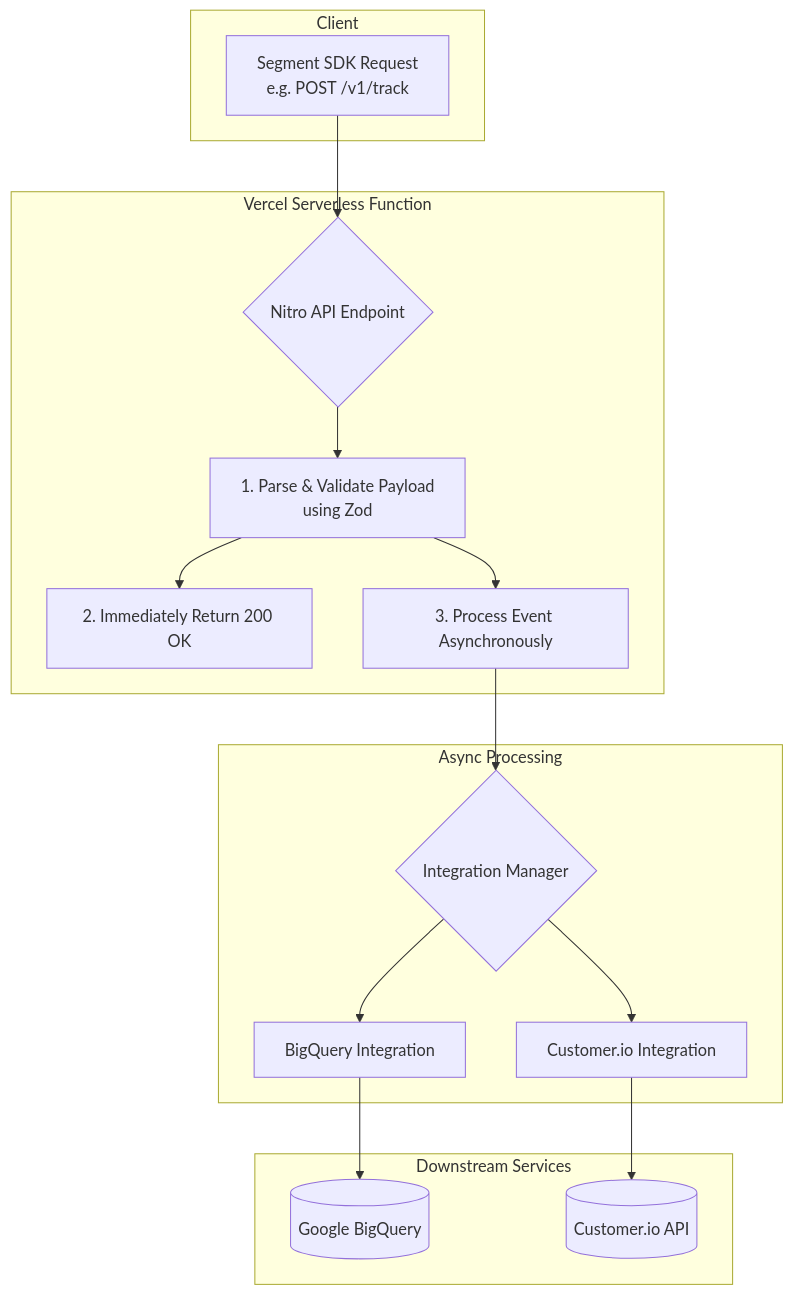
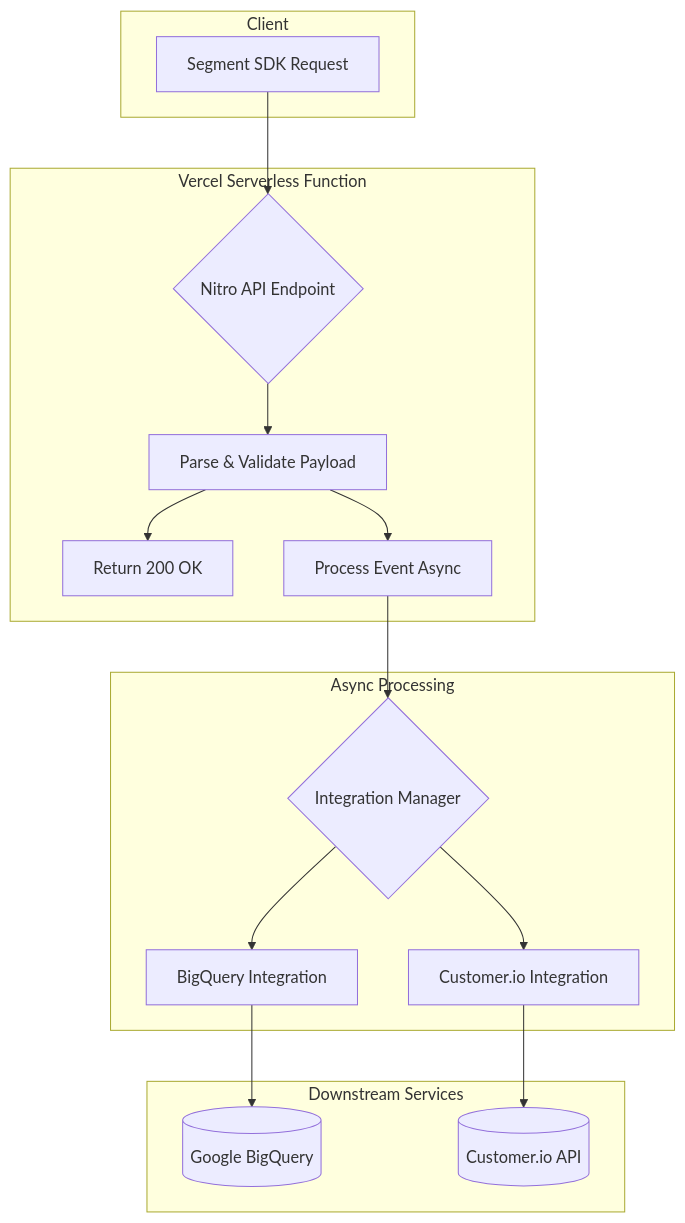
Before and after one commit to maccman/opentrack: the diagram in README.md, drawn with Mermaid.

Commit message:
Refactor README flow diagram for improved clarity by simplifying text and removing unnecessary formatting.

````diff
--- a/README.md
+++ b/README.md
@@ -39,24 +39,24 @@
 ```mermaid
 graph TD
     subgraph "Client"
-        A["Segment SDK Request<br/>e.g. POST /v1/track"]
+        A["Segment SDK Request"]
     end
 
     subgraph "Vercel Serverless Function"
         A --> B{Nitro API Endpoint}
-        B --> C["1. Parse & Validate Payload<br/>using Zod"]
-        C --> D["2. Immediately Return 200 OK"]
-        C --> E["3. Process Event Asynchronously"]
+        B --> C["Parse & Validate Payload"]
+        C --> D["Return 200 OK"]
+        C --> E["Process Event Async"]
     end
 
     subgraph "Async Processing"
         E --> F{Integration Manager}
         F --> G[BigQuery Integration]
         F --> H[Customer.io Integration]
     end
 
     subgraph "Downstream Services"
         G --> J[(Google BigQuery)]
         H --> K[(Customer.io API)]
     end
 ```
````
